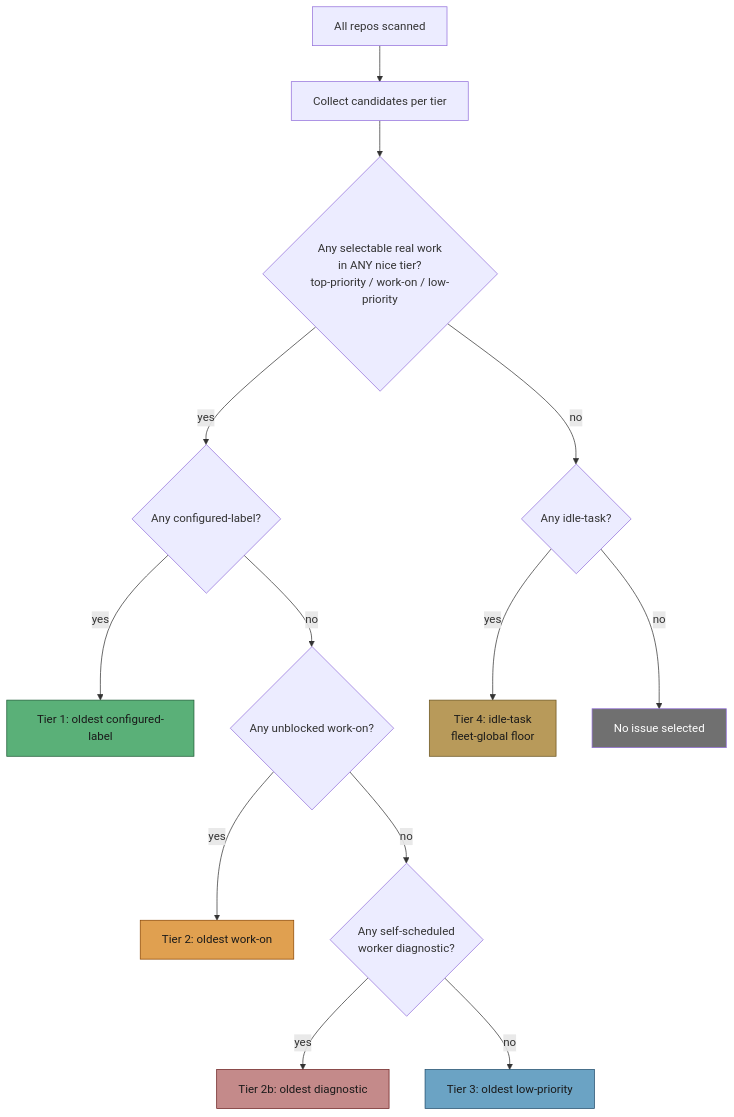
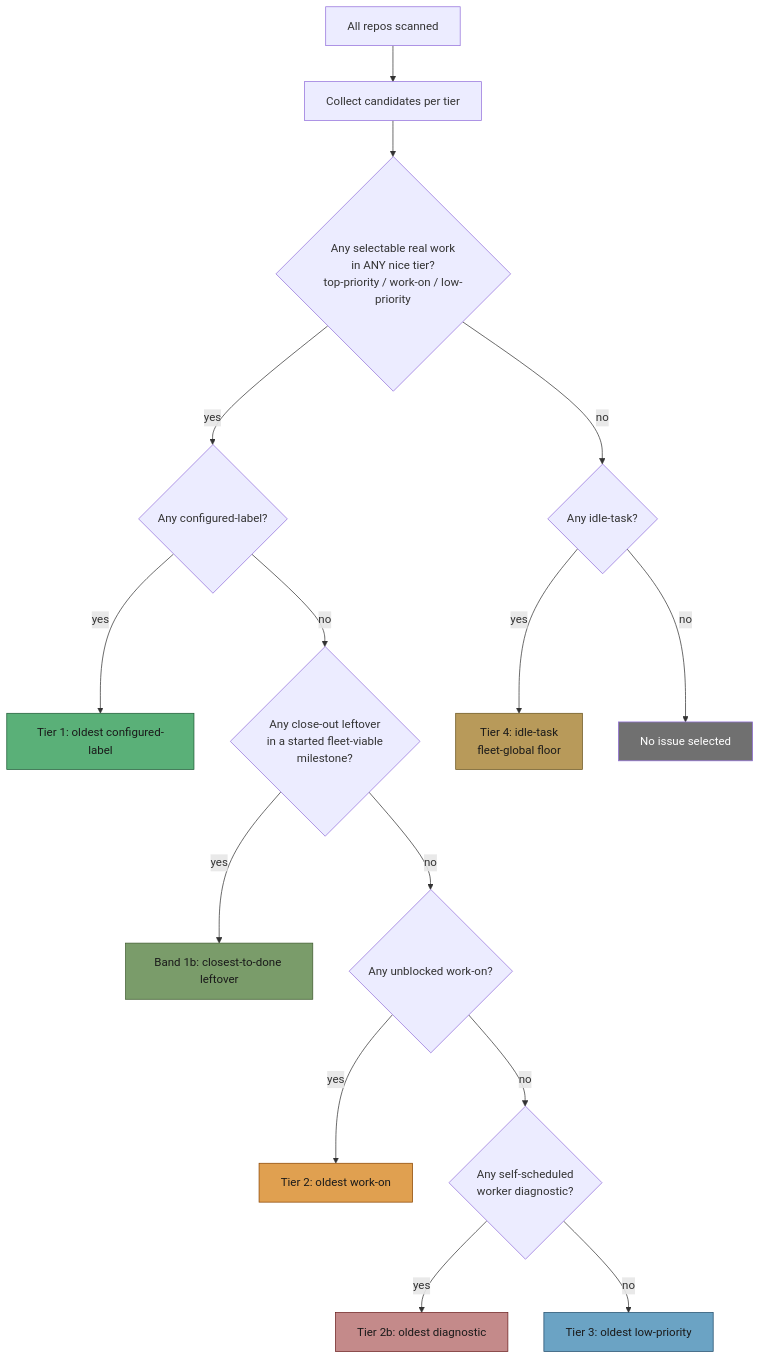
The second of 18 diagrams in docs/workflows/issue-processing.md (stSoftwareAU/VibeCoder), drawn with Mermaid before and after one commit. The commit also changed other lines of this file and 12 other files, not shown here.

First line of the commit message:
Finish a started milestone before opening another in issue selection (Issue #2009)

````diff
--- a/docs/workflows/issue-processing.md
+++ b/docs/workflows/issue-processing.md
@@ -73,21 +74,24 @@
 ```mermaid
 flowchart TD
     A[All repos scanned] --> B[Collect candidates per tier]
     B --> J{Any selectable real work<br/>in ANY nice tier?<br/>top-priority / work-on / low-priority}
     J -- yes --> C{Any configured-label?}
     C -- yes --> D[Tier 1: oldest configured-label]
-    C -- no --> E{Any unblocked work-on?}
+    C -- no --> CO{Any close-out leftover<br/>in a started fleet-viable<br/>milestone?}
+    CO -- yes --> CP[Band 1b: closest-to-done leftover]
+    CO -- no --> E{Any unblocked work-on?}
     E -- yes --> F[Tier 2: oldest work-on]
     E -- no --> M{Any self-scheduled<br/>worker diagnostic?}
     M -- yes --> N[Tier 2b: oldest diagnostic]
     M -- no --> H[Tier 3: oldest low-priority]
     J -- no --> K{Any idle-task?}
     K -- yes --> L[Tier 4: idle-task<br/>fleet-global floor]
     K -- no --> I[No issue selected]
     style D fill:#5ab078,stroke:#1d5a35,color:#1a1a1a
+    style CP fill:#7a9c6a,stroke:#3d5a2d,color:#1a1a1a
     style F fill:#e0a050,stroke:#8b4500,color:#1a1a1a
     style N fill:#c48a8a,stroke:#6a1d1d,color:#1a1a1a
     style H fill:#6ba3c4,stroke:#1d4a6a,color:#1a1a1a
     style L fill:#b89a5a,stroke:#6a541d,color:#1a1a1a
     style I fill:#707070,stroke:,color:#fff
 ```
````
